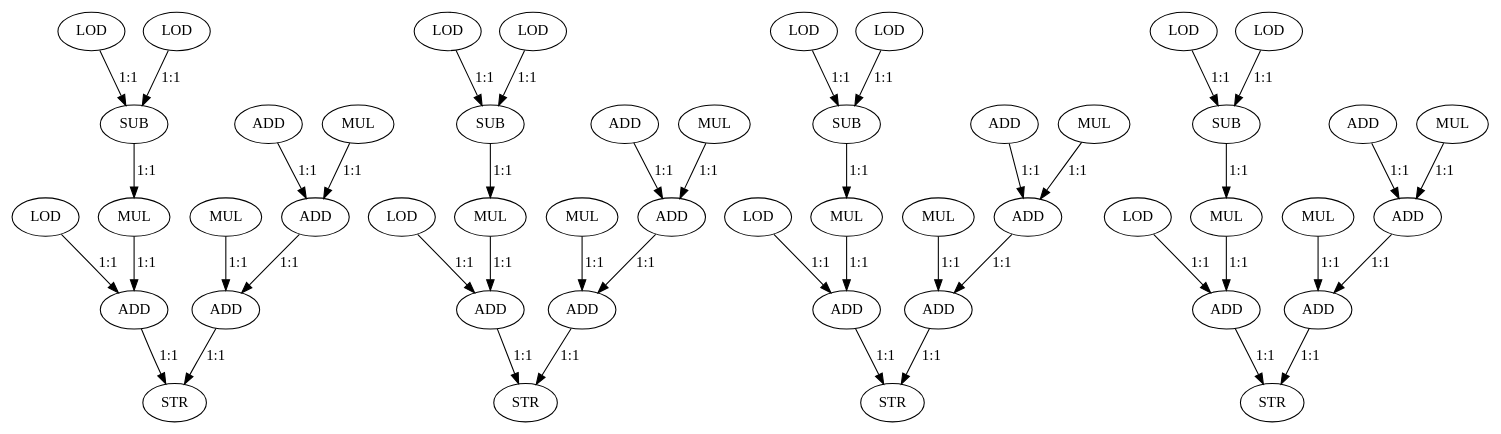
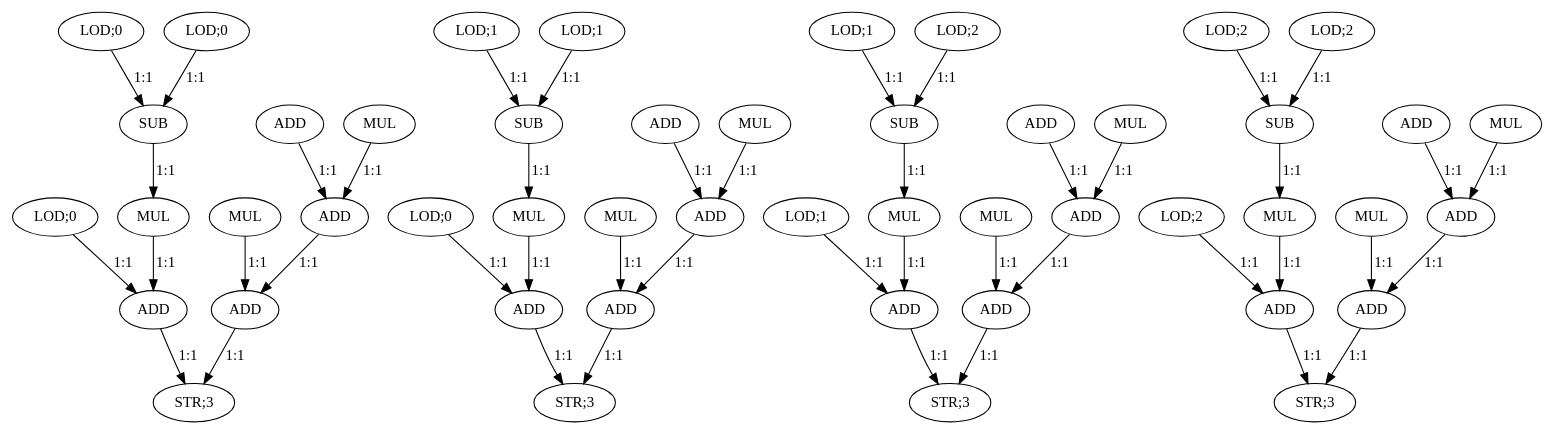
One commit to nikhilsambhus/DFGprop changed the diagram in large_dfgs/Express_loadUpward/interpolate_aux.dot. Above: the diagram before and after it, drawn with Graphviz. The commit also changed 16 other files, not shown here.

```diff
--- a/large_dfgs/Express_loadUpward/interpolate_aux.dot
+++ b/large_dfgs/Express_loadUpward/interpolate_aux.dot
@@ -1,95 +1,95 @@
 digraph  {
-   0 [label="LOD"];
-   1 [label="LOD"];
-   2 [label="LOD"];
+   0 [label="LOD;0"];
+   1 [label="LOD;0"];
+   2 [label="LOD;0"];
    3 [label="SUB"];
    4 [label="MUL"];
    5 [label="ADD"];
    6 [label="MUL"];
    7 [label="MUL"];
    8 [label="ADD"];
    9 [label="ADD"];
    10 [label="ADD"];
-   11 [label="STR"];
-   12 [label="LOD"];
-   13 [label="LOD"];
-   14 [label="LOD"];
+   11 [label="STR;3"];
+   12 [label="LOD;0"];
+   13 [label="LOD;1"];
+   14 [label="LOD;1"];
    15 [label="SUB"];
    16 [label="MUL"];
    17 [label="ADD"];
    18 [label="MUL"];
    19 [label="MUL"];
    20 [label="ADD"];
    21 [label="ADD"];
    22 [label="ADD"];
-   23 [label="STR"];
-   24 [label="LOD"];
-   25 [label="LOD"];
-   26 [label="LOD"];
+   23 [label="STR;3"];
+   24 [label="LOD;1"];
+   25 [label="LOD;1"];
+   26 [label="LOD;2"];
    27 [label="SUB"];
    28 [label="MUL"];
    29 [label="ADD"];
    30 [label="MUL"];
    31 [label="MUL"];
    32 [label="ADD"];
    33 [label="ADD"];
    34 [label="ADD"];
-   35 [label="STR"];
-   36 [label="LOD"];
-   37 [label="LOD"];
-   38 [label="LOD"];
+   35 [label="STR;3"];
+   36 [label="LOD;2"];
+   37 [label="LOD;2"];
+   38 [label="LOD;2"];
    39 [label="SUB"];
    40 [label="MUL"];
    41 [label="ADD"];
    42 [label="MUL"];
    43 [label="MUL"];
    44 [label="ADD"];
    45 [label="ADD"];
    46 [label="ADD"];
-   47 [label="STR"];
+   47 [label="STR;3"];
 
-   0->5 [label="1:1"]
-   1->3 [label="1:1"]
-   2->3 [label="1:1"]
-   3->4 [label="1:1"]
-   4->5 [label="1:1"]
-   5->11 [label="1:1"]
-   6->10 [label="1:1"]
-   7->9 [label="1:1"]
-   8->9 [label="1:1"]
-   9->10 [label="1:1"]
-   10->11 [label="1:1"]
-   12->17 [label="1:1"]
-   13->15 [label="1:1"]
-   14->15 [label="1:1"]
-   15->16 [label="1:1"]
-   16->17 [label="1:1"]
-   17->23 [label="1:1"]
-   18->22 [label="1:1"]
-   19->21 [label="1:1"]
-   20->21 [label="1:1"]
-   21->22 [label="1:1"]
-   22->23 [label="1:1"]
-   24->29 [label="1:1"]
-   25->27 [label="1:1"]
-   26->27 [label="1:1"]
-   27->28 [label="1:1"]
-   28->29 [label="1:1"]
-   29->35 [label="1:1"]
-   30->34 [label="1:1"]
-   31->33 [label="1:1"]
-   32->33 [label="1:1"]
-   33->34 [label="1:1"]
-   34->35 [label="1:1"]
-   36->41 [label="1:1"]
-   37->39 [label="1:1"]
-   38->39 [label="1:1"]
-   39->40 [label="1:1"]
-   40->41 [label="1:1"]
-   41->47 [label="1:1"]
-   42->46 [label="1:1"]
-   43->45 [label="1:1"]
-   44->45 [label="1:1"]
-   45->46 [label="1:1"]
-   46->47 [label="1:1"]
+   0->5 [label="1:1"];
+   1->3 [label="1:1"];
+   2->3 [label="1:1"];
+   3->4 [label="1:1"];
+   4->5 [label="1:1"];
+   5->11 [label="1:1"];
+   6->10 [label="1:1"];
+   7->9 [label="1:1"];
+   8->9 [label="1:1"];
+   9->10 [label="1:1"];
+   10->11 [label="1:1"];
+   12->17 [label="1:1"];
+   13->15 [label="1:1"];
+   14->15 [label="1:1"];
+   15->16 [label="1:1"];
+   16->17 [label="1:1"];
+   17->23 [label="1:1"];
+   18->22 [label="1:1"];
+   19->21 [label="1:1"];
+   20->21 [label="1:1"];
+   21->22 [label="1:1"];
+   22->23 [label="1:1"];
+   24->29 [label="1:1"];
+   25->27 [label="1:1"];
+   26->27 [label="1:1"];
+   27->28 [label="1:1"];
+   28->29 [label="1:1"];
+   29->35 [label="1:1"];
+   30->34 [label="1:1"];
+   31->33 [label="1:1"];
+   32->33 [label="1:1"];
+   33->34 [label="1:1"];
+   34->35 [label="1:1"];
+   36->41 [label="1:1"];
+   37->39 [label="1:1"];
+   38->39 [label="1:1"];
+   39->40 [label="1:1"];
+   40->41 [label="1:1"];
+   41->47 [label="1:1"];
+   42->46 [label="1:1"];
+   43->45 [label="1:1"];
+   44->45 [label="1:1"];
+   45->46 [label="1:1"];
+   46->47 [label="1:1"];
 }
```
